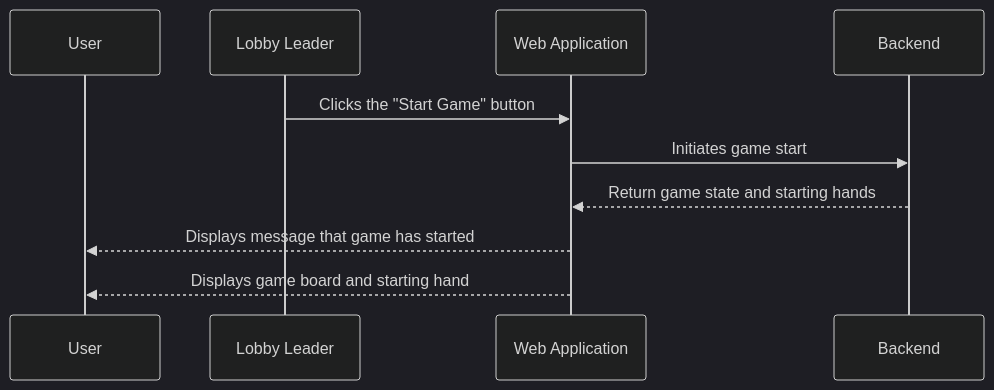
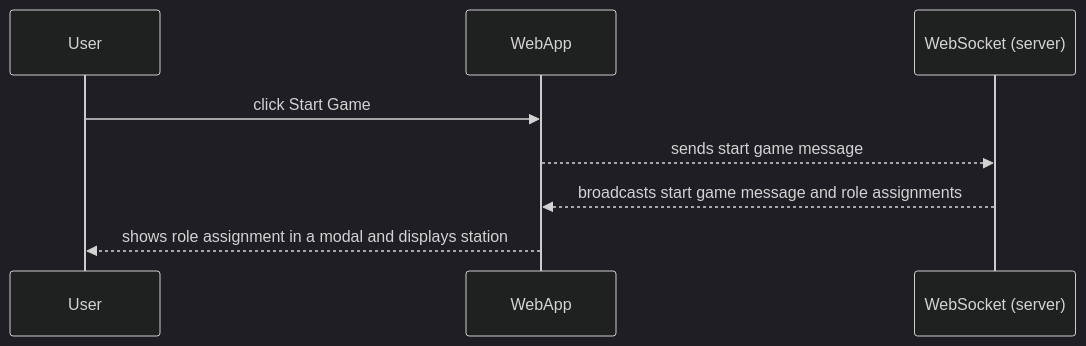
One commit to Capstone-Projects-2025-Spring/aac-go-fish changed the sixth of 19 diagrams in documentation/docs/system-architecture/use-case-sequences.md. Above: the diagram before and after it, drawn with Mermaid (dark theme). The commit also changed other lines of this file and 1 other file, not shown here.

Commit message:
AGTC-117 Update use cases and sequences for new game

````diff
--- a/documentation/docs/system-architecture/use-case-sequences.md
+++ b/documentation/docs/system-architecture/use-case-sequences.md
@@ -62,14 +101,11 @@
 ```mermaid
 sequenceDiagram
+    participant User as User
+    participant WebApp
+    participant WS as WebSocket (server)
 
-    participant User
-    participant LobbyLeader as Lobby Leader
-    participant WebApplication as Web Application
-    participant Backend
-
-    LobbyLeader->>WebApplication: Clicks the "Start Game" button
-    WebApplication->>Backend: Initiates game start
-    Backend-->>WebApplication: Return game state and starting hands
-    WebApplication-->>User: Displays message that game has started
-    WebApplication-->>User: Displays game board and starting hand
+    User->>WebApp: click Start Game
+    WebApp-->>WS: sends start game message
+    WS-->>WebApp: broadcasts start game message and role assignments
+    WebApp-->>User: shows role assignment in a modal and displays station
 ```
````
